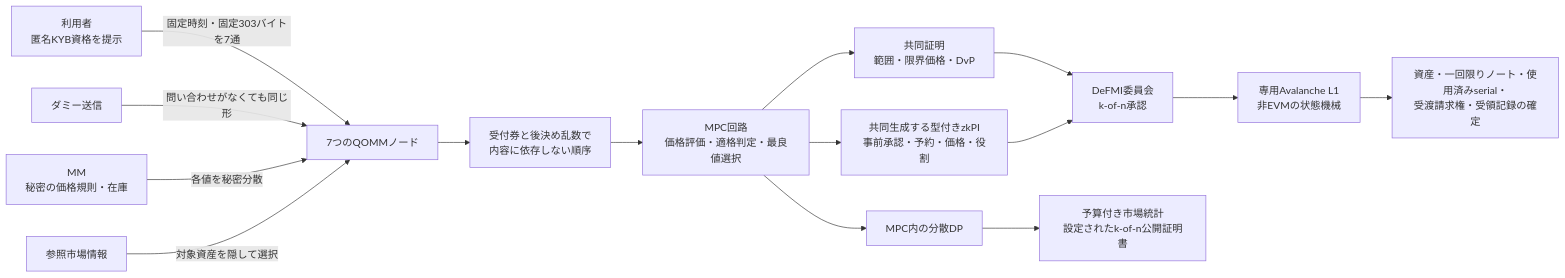
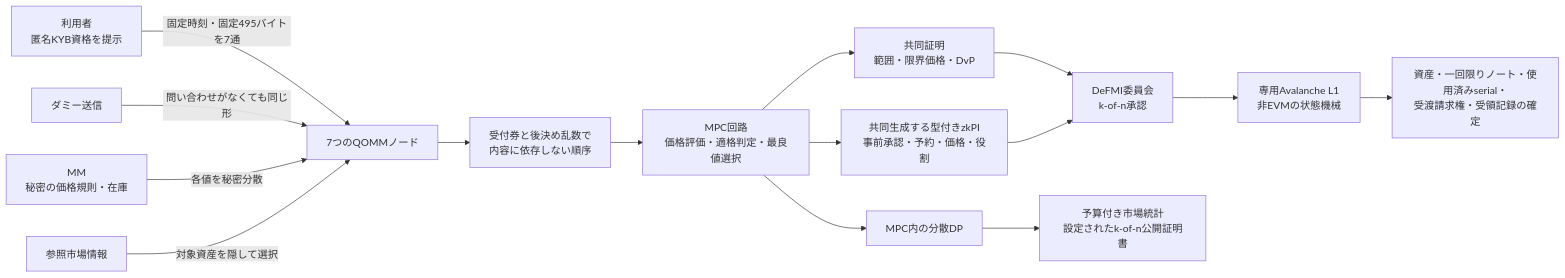
One commit to zkFMI/qomm changed the first of 3 diagrams in doc/ja/SOURCE_CODE_GUIDE.md. Above: the diagram before and after it, drawn with Mermaid. The commit also changed other lines of this file and 6 other files, not shown here.

````diff
--- a/doc/ja/SOURCE_CODE_GUIDE.md
+++ b/doc/ja/SOURCE_CODE_GUIDE.md
@@ -36,19 +36,19 @@
 ```mermaid
 flowchart LR
-    U[利用者<br/>匿名KYB資格を提示] -->|固定時刻・固定303バイトを7通| N[7つのQOMMノード]
+    U[利用者<br/>匿名KYB資格を提示] -->|固定時刻・固定495バイトを7通| N[7つのQOMMノード]
     D[ダミー送信] -->|問い合わせがなくても同じ形| N
     M[MM<br/>秘密の価格規則・在庫] -->|各値を秘密分散| N
     R[参照市場情報] -->|対象資産を隠して選択| N
 
     N --> O[受付券と後決め乱数で<br/>内容に依存しない順序]
     O --> C[MPC回路<br/>価格評価・適格判定・最良値選択]
     C --> P[共同証明<br/>範囲・限界価格・DvP]
     C --> Z[共同生成する型付きzkPI<br/>事前承認・予約・価格・役割]
     P --> Q[DeFMI委員会<br/>k-of-n承認]
     Z --> Q
     Q --> A[専用Avalanche L1<br/>非EVMの状態機械]
     A --> S[資産・一回限りノート・使用済みserial・<br/>受渡請求権・受領記録の確定]
 
     C --> DP[MPC内の分散DP]
     DP --> PUB[予算付き市場統計<br/>設定されたk-of-n公開証明書]
 ```
````
